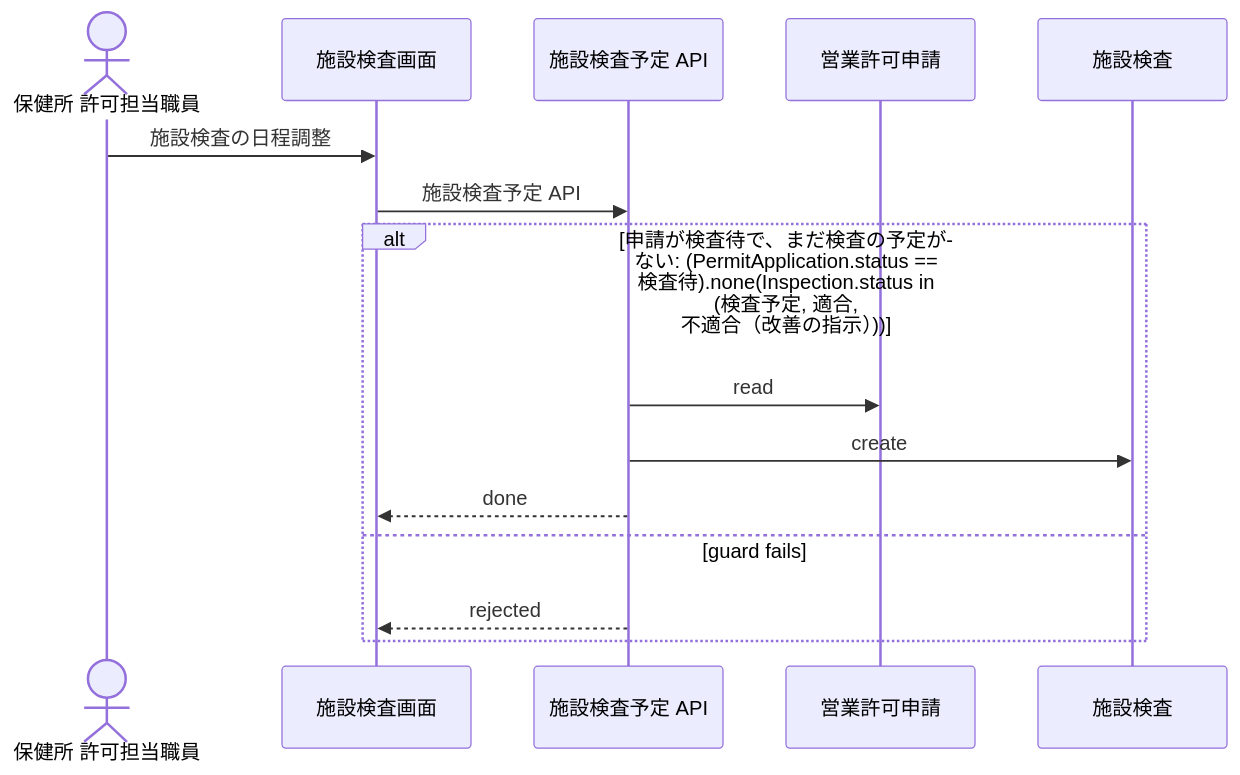
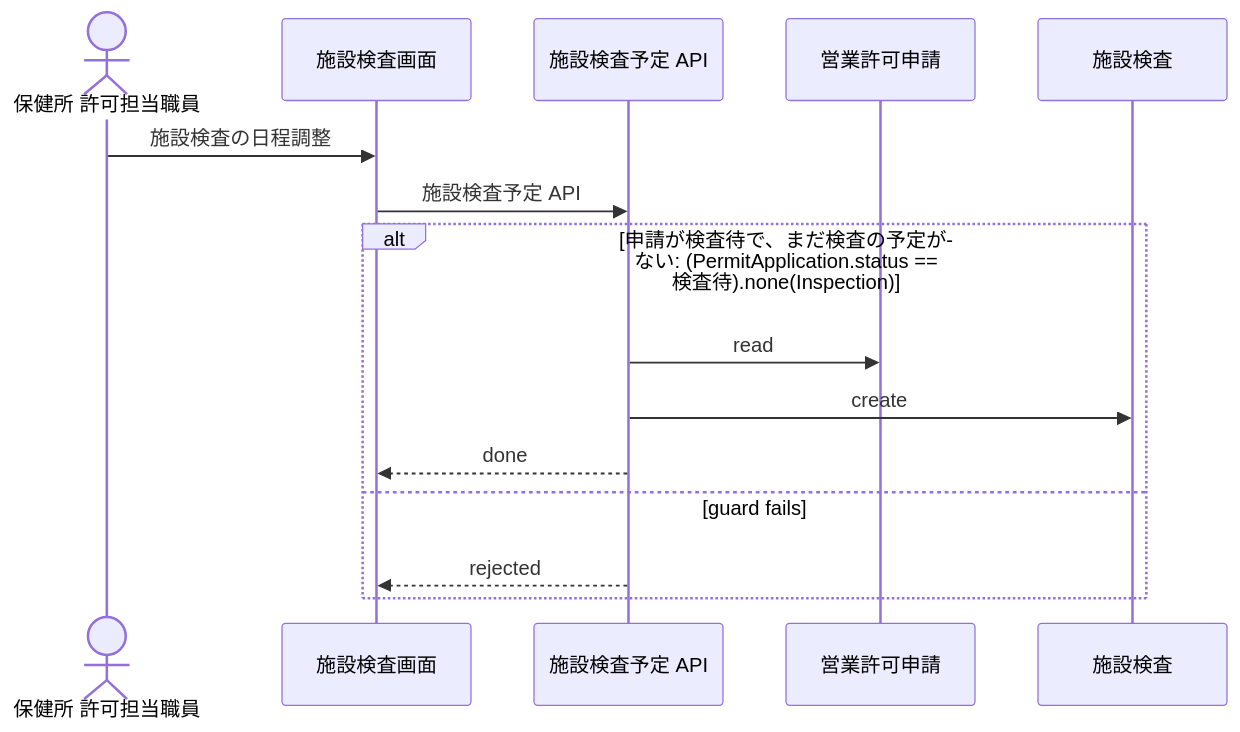
Before and after one commit to manji-0/rdra-ish-dsl: the diagram in samples/food-permit-ops/out/uc/sequence_ScheduleInspection.mmd, drawn with Mermaid. The commit also changed 31 other files, not shown here.

```diff
--- a/samples/food-permit-ops/out/uc/sequence_ScheduleInspection.mmd
+++ b/samples/food-permit-ops/out/uc/sequence_ScheduleInspection.mmd
@@ -1,18 +1,18 @@
 %% rdra-ish diagram=sequence scope=usecase:ScheduleInspection model=samples/food-permit-ops
 %% kinds: actor screen api entity
 %% omitted: buc step medium permission condition
 sequenceDiagram
   actor actor__PermitClerk as 保健所 許可担当職員
   participant screen__InspectionScreen as 施設検査画面
   participant api__InspectionScheduleApi as 施設検査予定 API
   participant entity__PermitApplication as 営業許可申請
   participant entity__Inspection as 施設検査
   actor__PermitClerk ->> screen__InspectionScreen: 施設検査の日程調整
   screen__InspectionScreen ->> api__InspectionScheduleApi: 施設検査予定 API
-  alt 申請が検査待で、まだ検査の予定がない: (PermitApplication.status == 検査待).none(Inspection.status in (検査予定, 適合, 不適合（改善の指示）))
+  alt 申請が検査待で、まだ検査の予定がない: (PermitApplication.status == 検査待).none(Inspection)
     api__InspectionScheduleApi ->> entity__PermitApplication: read
     api__InspectionScheduleApi ->> entity__Inspection: create
     api__InspectionScheduleApi -->> screen__InspectionScreen: done
   else guard fails
     api__InspectionScheduleApi -->> screen__InspectionScreen: rejected
   end
```
